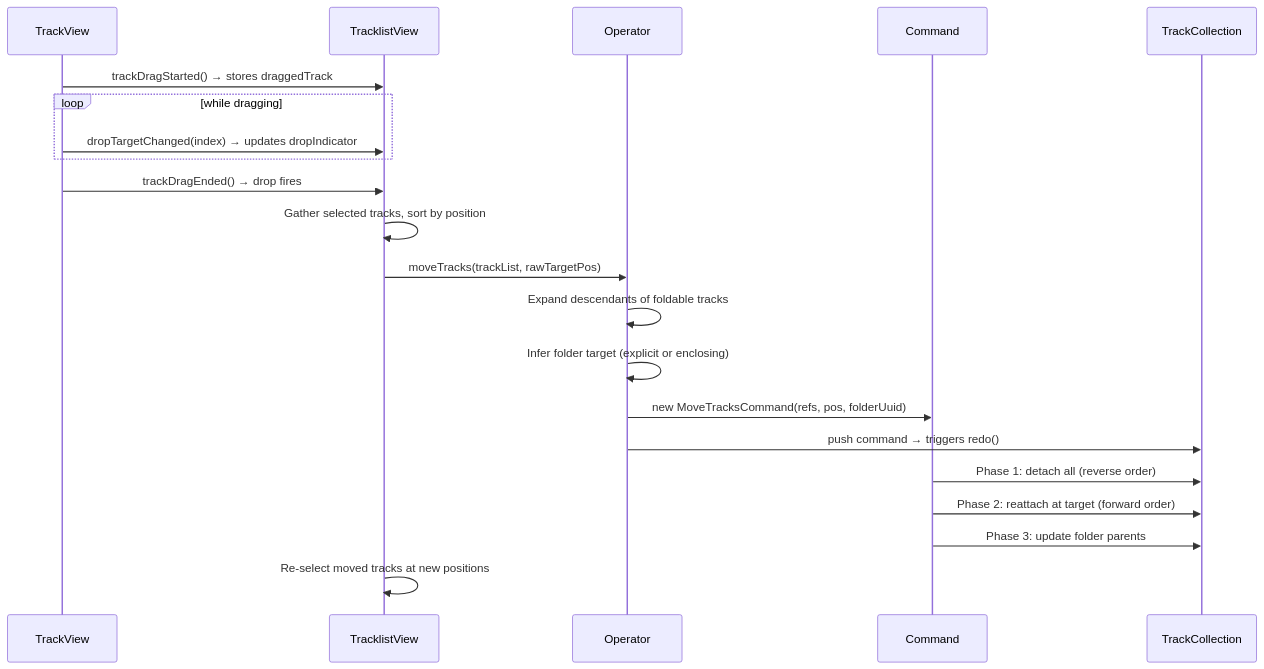
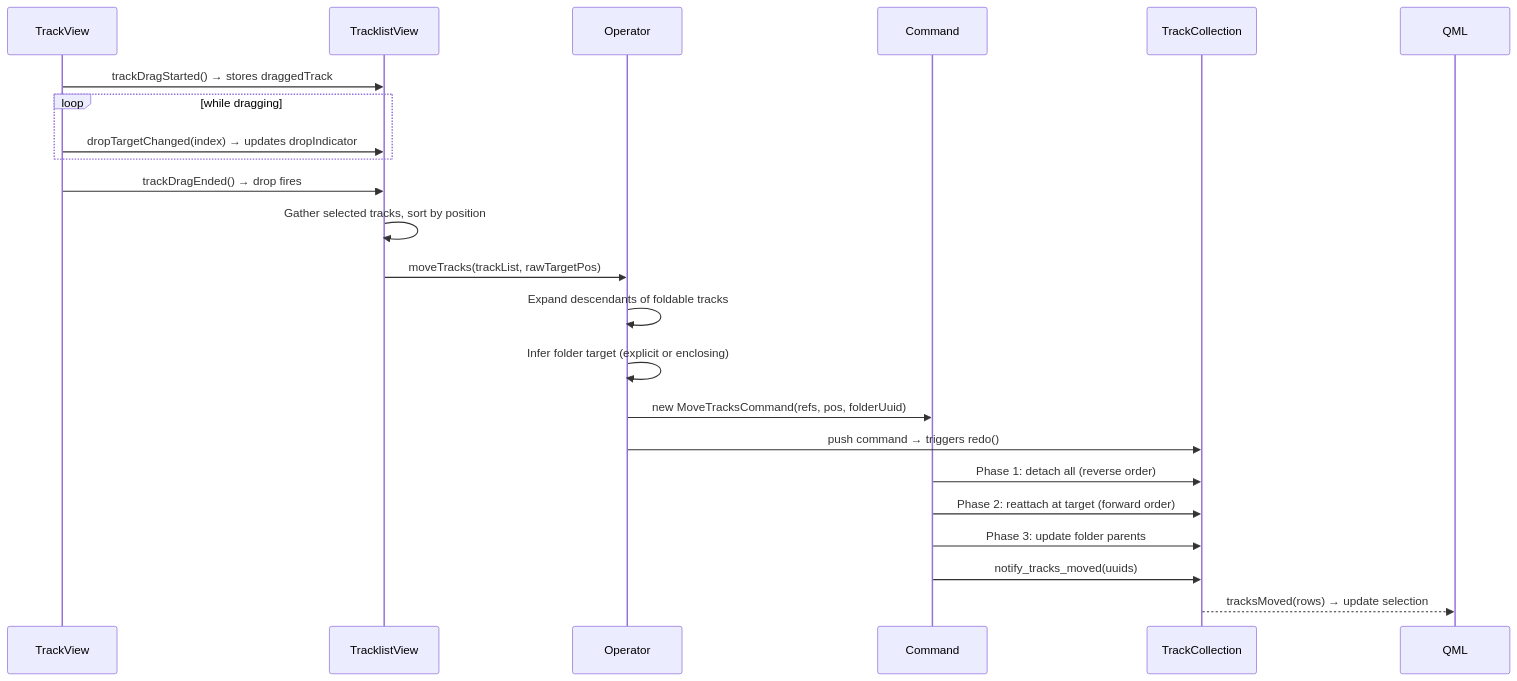
Before and after one commit to zrythm/zrythm: the second of 2 diagrams in doc/dev/track_moving.md, drawn with Mermaid. The commit also changed other lines of this file and 6 other files, not shown here.

First line of the commit message:
TrackCollection: add tracksMoved notification signal for post-move selection

````diff
--- a/doc/dev/track_moving.md
+++ b/doc/dev/track_moving.md
@@ -31,24 +31,25 @@
 ```mermaid
 sequenceDiagram
     participant TV as TrackView
     participant TLV as TracklistView
     participant Op as Operator
     participant Cmd as Command
     participant TC as TrackCollection
 
     TV->>TLV: trackDragStarted() → stores draggedTrack
     loop while dragging
         TV->>TLV: dropTargetChanged(index) → updates dropIndicator
     end
     TV->>TLV: trackDragEnded() → drop fires
     TLV->>TLV: Gather selected tracks, sort by position
     TLV->>Op: moveTracks(trackList, rawTargetPos)
     Op->>Op: Expand descendants of foldable tracks
     Op->>Op: Infer folder target (explicit or enclosing)
     Op->>Cmd: new MoveTracksCommand(refs, pos, folderUuid)
     Op->>TC: push command → triggers redo()
     Cmd->>TC: Phase 1: detach all (reverse order)
     Cmd->>TC: Phase 2: reattach at target (forward order)
     Cmd->>TC: Phase 3: update folder parents
-    TLV->>TLV: Re-select moved tracks at new positions
+    Cmd->>TC: notify_tracks_moved(uuids)
+    TC-->>QML: tracksMoved(rows) → update selection
 ```
````
